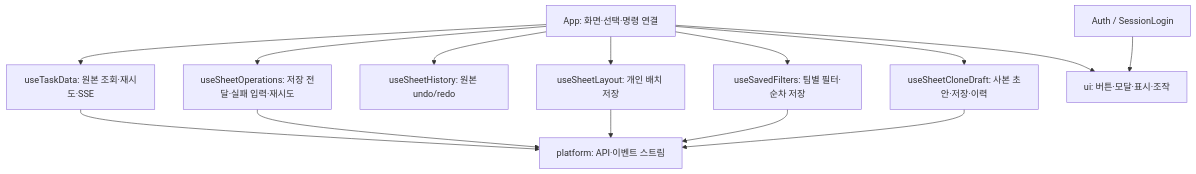
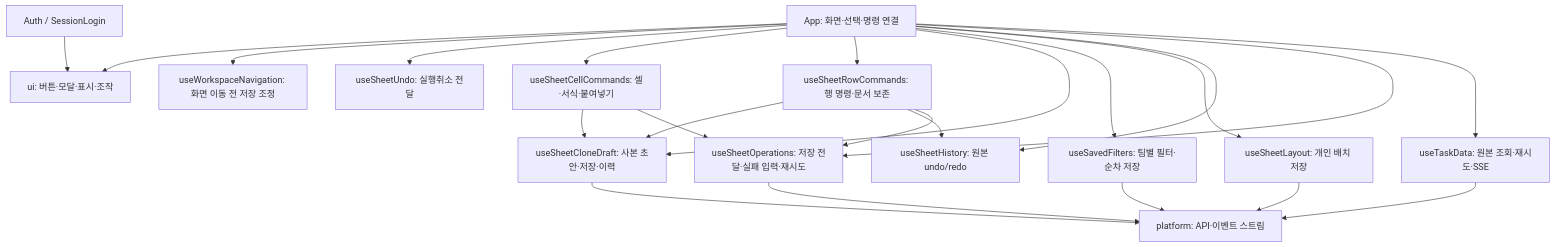
Before and after one commit to hwantage/GraeBoard: the first of 3 diagrams in docs/ARCHITECTURE.md, drawn with Mermaid. The commit also changed 10 other files, not shown here.

Commit message:
refactor: move sheet commands and workspace navigation into owners

````diff
--- a/docs/ARCHITECTURE.md
+++ b/docs/ARCHITECTURE.md
@@ -13,16 +13,25 @@
 ```mermaid
 flowchart TD
     App["App: 화면·선택·명령 연결"] --> Read["useTaskData: 원본 조회·재시도·SSE"]
     App --> Write["useSheetOperations: 저장 전달·실패 입력·재시도"]
     App --> History["useSheetHistory: 원본 undo/redo"]
     App --> Layout["useSheetLayout: 개인 배치 저장"]
     App --> Filters["useSavedFilters: 팀별 필터·순차 저장"]
     App --> Copy["useSheetCloneDraft: 사본 초안·저장·이력"]
+    App --> Rows["useSheetRowCommands: 행 명령·문서 보존"]
+    App --> Cells["useSheetCellCommands: 셀·서식·붙여넣기"]
+    App --> Undo["useSheetUndo: 실행취소 전달"]
+    App --> Navigation["useWorkspaceNavigation: 화면 이동 전 저장 조정"]
+    Rows --> Write
+    Rows --> History
+    Rows --> Copy
+    Cells --> Write
+    Cells --> Copy
     Auth["Auth / SessionLogin"] --> UI["ui: 버튼·모달·표시·조작"]
     App --> UI
     Read --> Platform["platform: API·이벤트 스트림"]
     Write --> Platform
     Layout --> Platform
     Filters --> Platform
     Copy --> Platform
 ```
````
